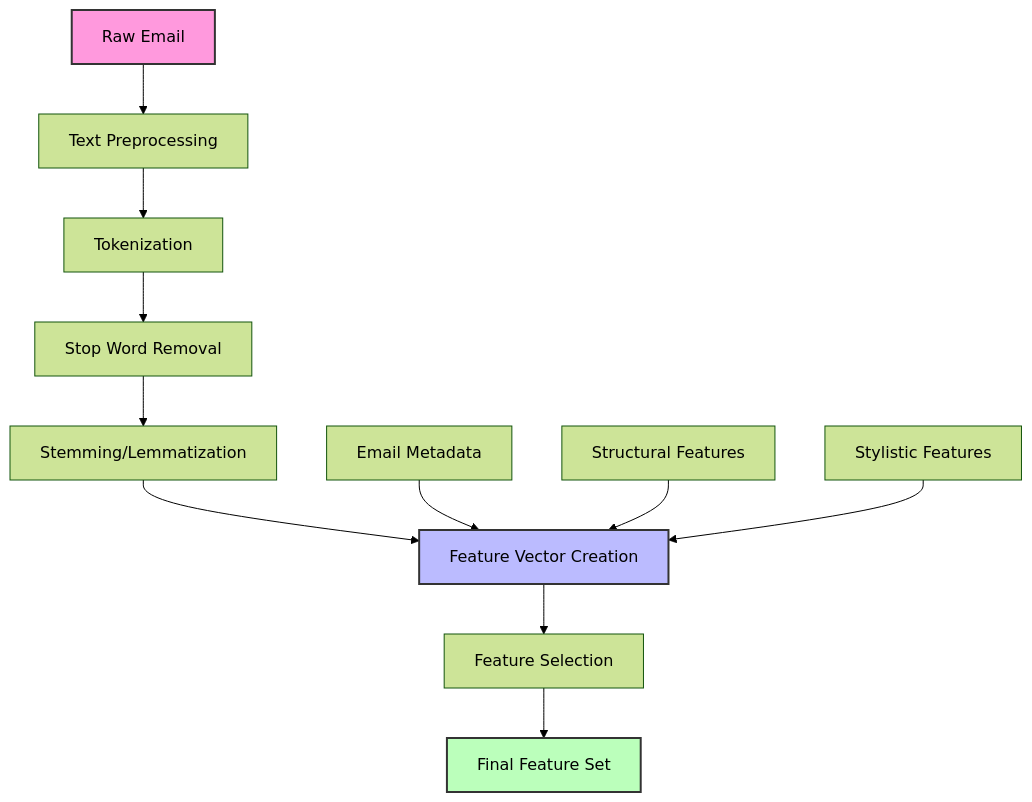
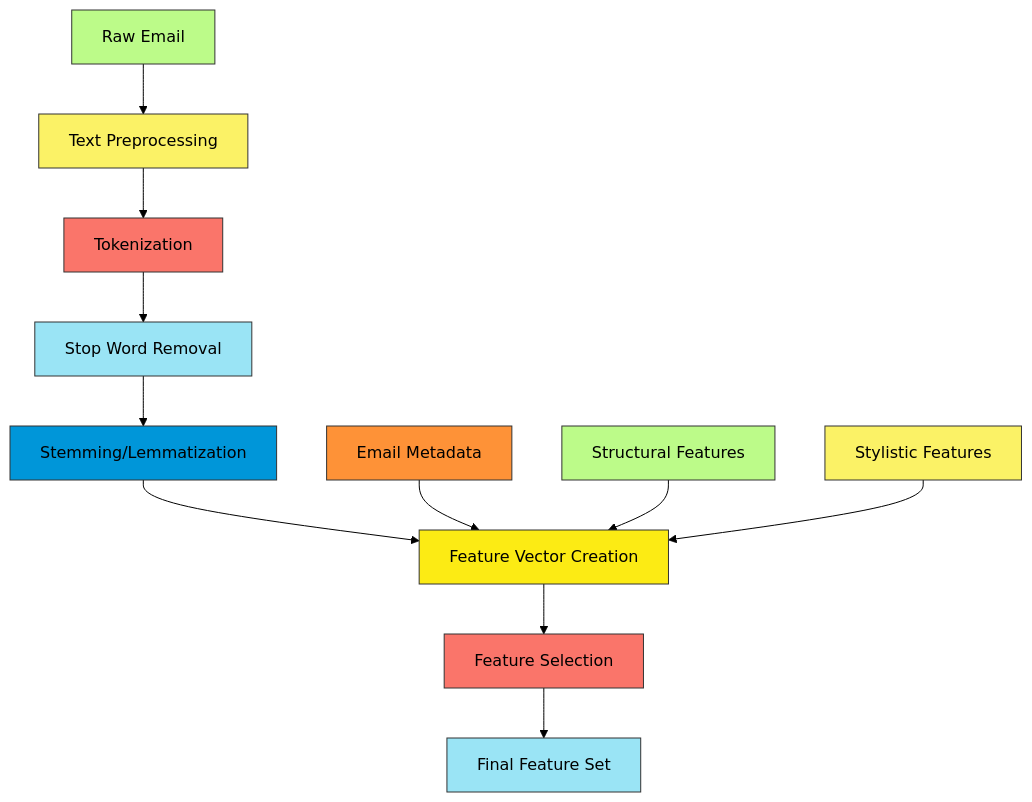
One commit to Chaklader/part-of-speech-tagging changed the second of 4 diagrams in C_3.md. Above: the diagram before and after it, drawn with Mermaid (forest theme). The commit also changed other lines of this file, not shown here.

````diff
--- a/C_3.md
+++ b/C_3.md
@@ -238,17 +238,25 @@
 ```mermaid
 graph TD
     A[Raw Email] --> B[Text Preprocessing]
     B --> C[Tokenization]
     C --> D[Stop Word Removal]
     D --> E[Stemming/Lemmatization]
     E --> F[Feature Vector Creation]
     G[Email Metadata] --> F
     H[Structural Features] --> F
     I[Stylistic Features] --> F
     F --> J[Feature Selection]
     J --> K[Final Feature Set]
 
-    style A fill:#f9d,stroke:#333,stroke-width:2px
-    style F fill:#bbf,stroke:#333,stroke-width:2px
-    style K fill:#bfb,stroke:#333,stroke-width:2px
+    style A fill:#BCFB89,stroke:#333,stroke-width:1px
+    style B fill:#FBF266,stroke:#333,stroke-width:1px
+    style C fill:#FA756A,stroke:#333,stroke-width:1px
+    style D fill:#9AE4F5,stroke:#333,stroke-width:1px
+    style E fill:#0096D9,stroke:#333,stroke-width:1px
+    style F fill:#FCEB14,stroke:#333,stroke-width:1px
+    style G fill:#FE9237,stroke:#333,stroke-width:1px
+    style H fill:#BCFB89,stroke:#333,stroke-width:1px
+    style I fill:#FBF266,stroke:#333,stroke-width:1px
+    style J fill:#FA756A,stroke:#333,stroke-width:1px
+    style K fill:#9AE4F5,stroke:#333,stroke-width:1px
 ```
````
